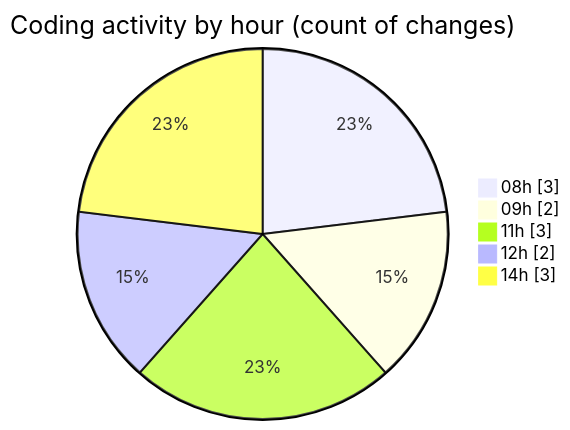
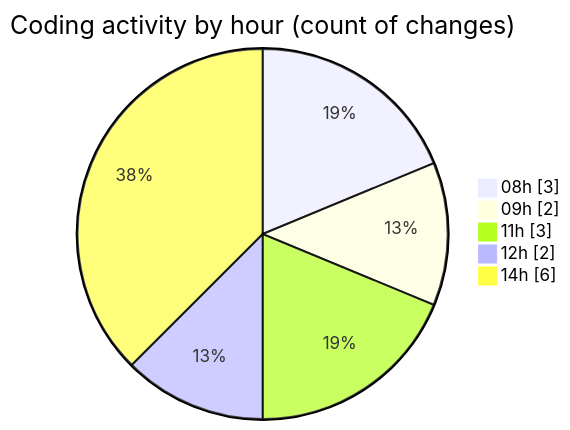
One commit to ricardozamudiocil/code-tracking changed the second of 2 diagrams in 2026-06-04/cilapp/README.md. Above: the diagram before and after it, drawn with Mermaid. The commit also changed other lines of this file and 1 other file, not shown here.

````diff
--- a/2026-06-04/cilapp/README.md
+++ b/2026-06-04/cilapp/README.md
@@ -39,9 +39,9 @@
 ```mermaid
 pie showData
 title Coding activity by hour (count of changes)
 "08h" : 3
 "09h" : 2
 "11h" : 3
 "12h" : 2
-"14h" : 3
+"14h" : 6
 ```
````
